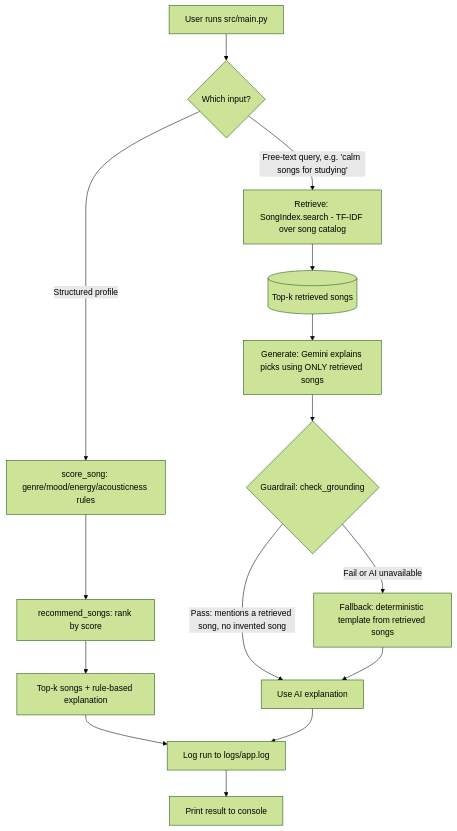
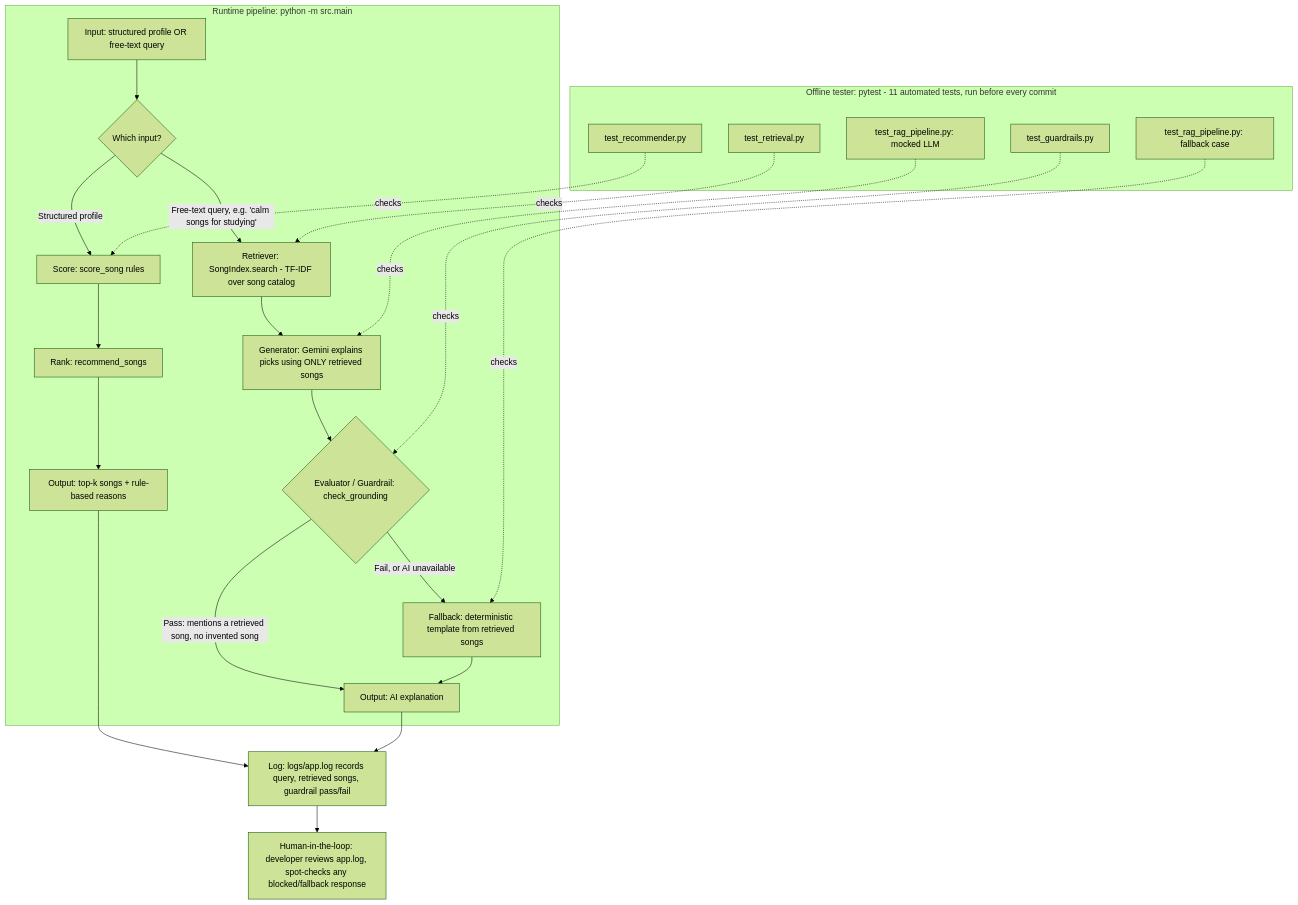
One commit to z1netdin/applied-ai-system-project changed the diagram in diagrams/architecture.mmd. Above: the diagram before and after it, drawn with Mermaid (forest theme). The commit also changed 1 other file, not shown here.

Commit message:
Add tester and human-in-the-loop nodes to architecture diagram
The diagram now shows which pytest file validates each component
(retriever, generator, guardrail, fallback) and where a human reviews
logs/app.log to spot-check blocked/fallback responses, per the rubric's
Design and Architecture requirements.

```diff
--- a/diagrams/architecture.mmd
+++ b/diagrams/architecture.mmd
@@ -1,18 +1,27 @@
 flowchart TD
-    Start[User runs src/main.py] --> Mode{Which input?}
+    subgraph Runtime["Runtime pipeline: python -m src.main"]
+        Start[Input: structured profile OR free-text query] --> Mode{Which input?}
 
-    Mode -->|Structured profile| Score[score_song: genre/mood/energy/acousticness rules]
-    Score --> RankA[recommend_songs: rank by score]
-    RankA --> OutA[Top-k songs + rule-based explanation]
+        Mode -->|Structured profile| Score[Score: score_song rules]
+        Score --> RankA[Rank: recommend_songs]
+        RankA --> OutA[Output: top-k songs + rule-based reasons]
 
-    Mode -->|Free-text query, e.g. 'calm songs for studying'| Retrieve[Retrieve: SongIndex.search - TF-IDF over song catalog]
-    Retrieve --> Retrieved[(Top-k retrieved songs)]
-    Retrieved --> Generate[Generate: Gemini explains picks using ONLY retrieved songs]
-    Generate --> Guard{Guardrail: check_grounding}
-    Guard -->|Pass: mentions a retrieved song, no invented song| OutB[Use AI explanation]
-    Guard -->|Fail or AI unavailable| Fallback[Fallback: deterministic template from retrieved songs]
-    Fallback --> OutB
+        Mode -->|Free-text query, e.g. 'calm songs for studying'| Retrieve[Retriever: SongIndex.search - TF-IDF over song catalog]
+        Retrieve --> Gen[Generator: Gemini explains picks using ONLY retrieved songs]
+        Gen --> Guard{Evaluator / Guardrail: check_grounding}
+        Guard -->|Pass: mentions a retrieved song, no invented song| OutB[Output: AI explanation]
+        Guard -->|Fail, or AI unavailable| Fallback[Fallback: deterministic template from retrieved songs]
+        Fallback --> OutB
+    end
 
-    OutA --> Log[Log run to logs/app.log]
+    OutA --> Log[Log: logs/app.log records query, retrieved songs, guardrail pass/fail]
     OutB --> Log
-    Log --> End[Print result to console]
+    Log --> Human[Human-in-the-loop: developer reviews app.log, spot-checks any blocked/fallback response]
+
+    subgraph Tests["Offline tester: pytest - 11 automated tests, run before every commit"]
+        T1[test_recommender.py] -.checks.-> Score
+        T2[test_retrieval.py] -.checks.-> Retrieve
+        T3[test_rag_pipeline.py: mocked LLM] -.checks.-> Gen
+        T4[test_guardrails.py] -.checks.-> Guard
+        T5[test_rag_pipeline.py: fallback case] -.checks.-> Fallback
+    end
```
